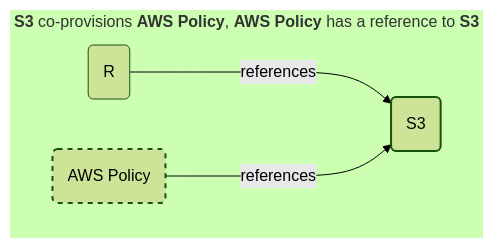
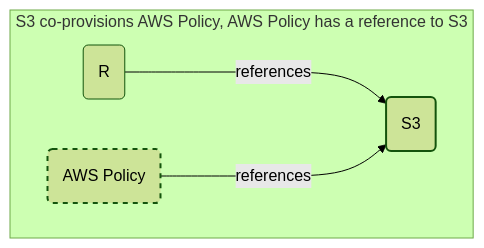
The diagram in resource-definitions/terraform-driver/co-provision/README.md (humanitec-architecture/example-library), drawn with Mermaid (forest theme) before and after one commit.

Commit message:
Adjusted styling of mermaid diagram

````diff
--- a/resource-definitions/terraform-driver/co-provision/README.md
+++ b/resource-definitions/terraform-driver/co-provision/README.md
@@ -10,16 +10,14 @@
 ```mermaid
 flowchart TB
-  subgraph fig1 ["<b>S3</b> co-provisions <b>AWS Policy</b>, <b>AWS Policy</b> has a reference to <b>S3</b>"]
+  subgraph fig1 ["S3 co-provisions AWS Policy, AWS Policy has a reference to S3"]
     direction LR
     R1(R) --->|references| R2(S3)
     N1(AWS Policy) --->|references| R2
   end
   classDef pClass stroke-width:1px
   classDef rClass stroke-width:2px
   classDef nClass stroke-width:2px,stroke-dasharray: 5 5
   class R1 pClass
   class R2 rClass
   class N1 nClass
-  classDef subgraphClass stroke-width:0,white-space:nowrap
-  class fig1 subgraphClass
 ```
````
